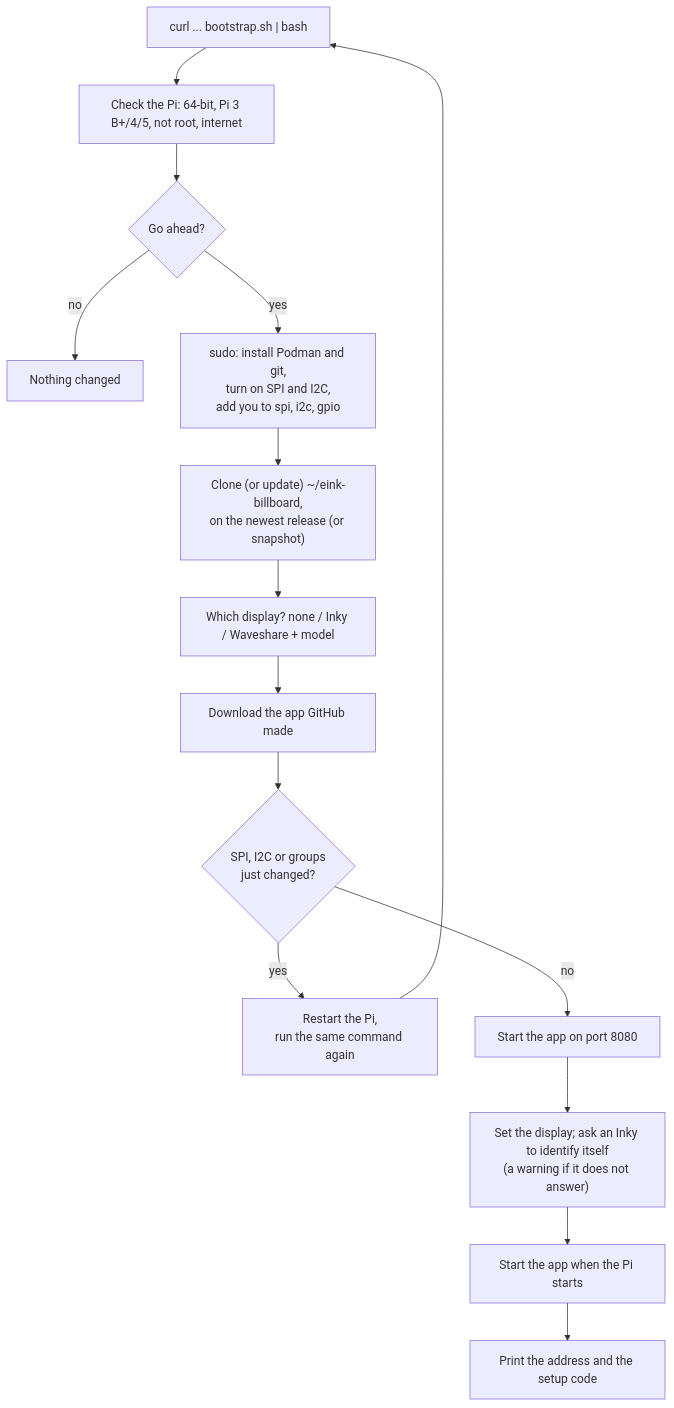
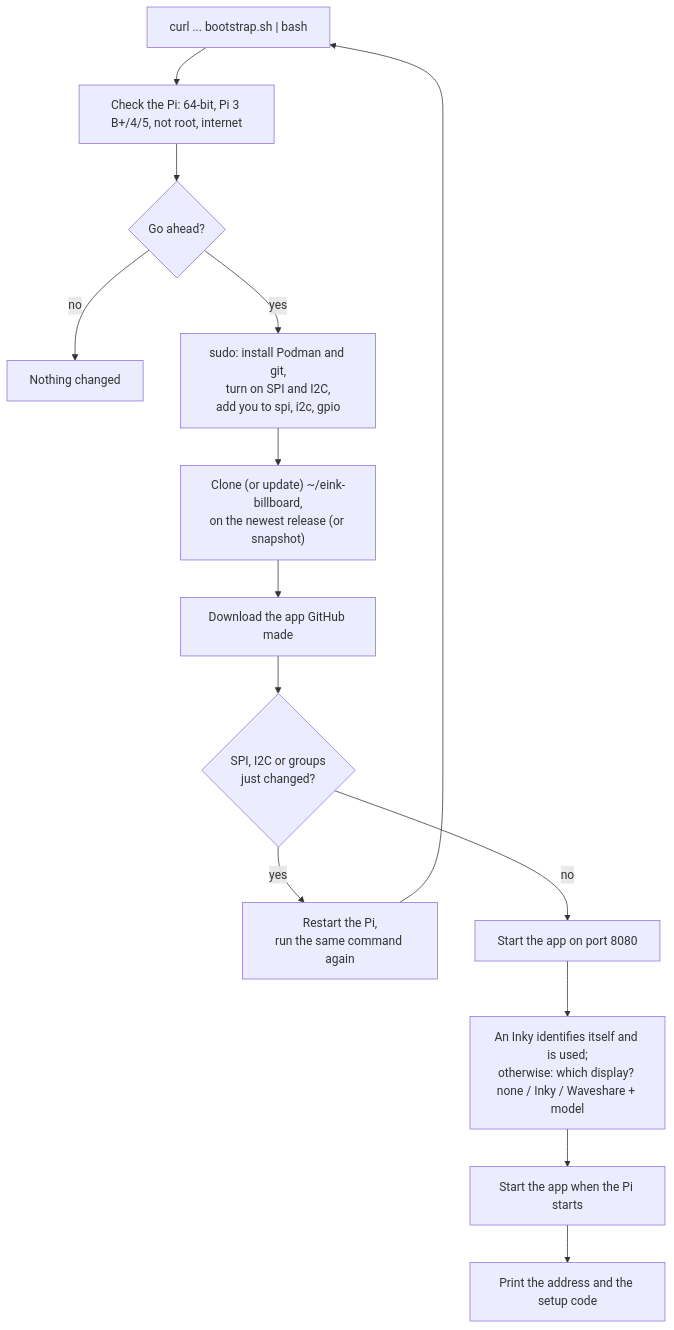
One commit to escape-llc/eink-billboard changed the diagram in readme.md. Above: the diagram before and after it, drawn with Mermaid. The commit also changed 2 other files, not shown here.

Commit message:
Find an attached Inky panel in the bootstrap, so it needs no question (#841)
When no display is given (EINK_DISPLAY) or remembered, the bootstrap starts
the app first and asks the I2C bus through `detect`: an Inky that answers is
chosen with no question, with --yes too; otherwise the question (mock with
--yes) is asked as before. A first run that must restart the Pi asks nothing
before it: the question comes after the restart, when I2C works.

Closes #836

````diff
--- a/readme.md
+++ b/readme.md
@@ -46,17 +46,16 @@
 ```mermaid
 flowchart TD
     A["curl ... bootstrap.sh | bash"] --> B["Check the Pi: 64-bit, Pi 3 B+/4/5, not root, internet"]
     B --> C{"Go ahead?"}
     C -- no --> X["Nothing changed"]
     C -- yes --> D["sudo: install Podman and git,<br/>turn on SPI and I2C,<br/>add you to spi, i2c, gpio"]
     D --> E["Clone (or update) ~/eink-billboard,<br/>on the newest release (or snapshot)"]
-    E --> F["Which display? none / Inky / Waveshare + model"]
-    F --> G["Download the app GitHub made"]
+    E --> G["Download the app GitHub made"]
     G --> H{"SPI, I2C or groups<br/>just changed?"}
     H -- yes --> R["Restart the Pi,<br/>run the same command again"]
     R --> A
     H -- no --> I["Start the app on port 8080"]
-    I --> J["Set the display; ask an Inky to identify itself<br/>(a warning if it does not answer)"]
+    I --> J["An Inky identifies itself and is used;<br/>otherwise: which display? none / Inky / Waveshare + model"]
     J --> K["Start the app when the Pi starts"]
     K --> L["Print the address and the setup code"]
 ```
````
